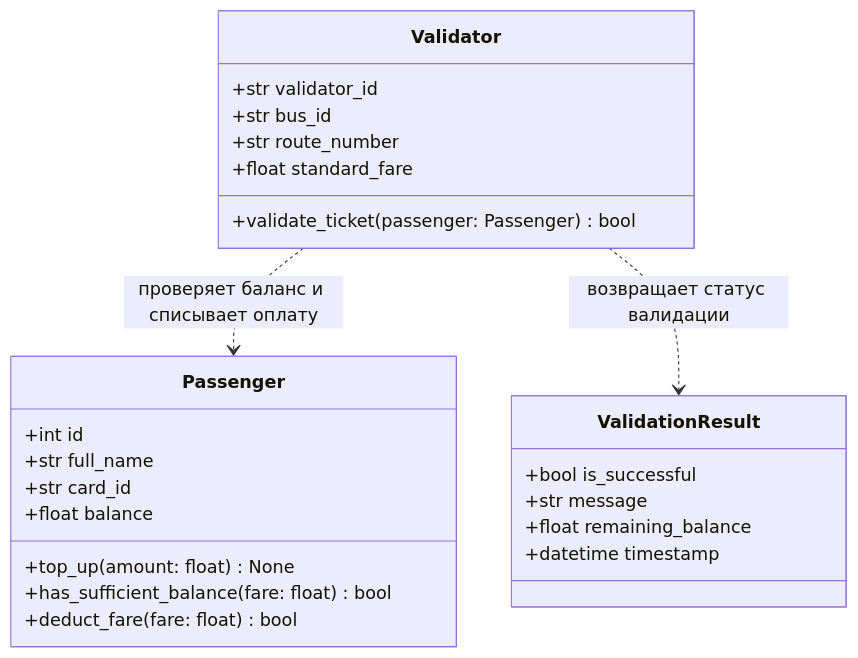
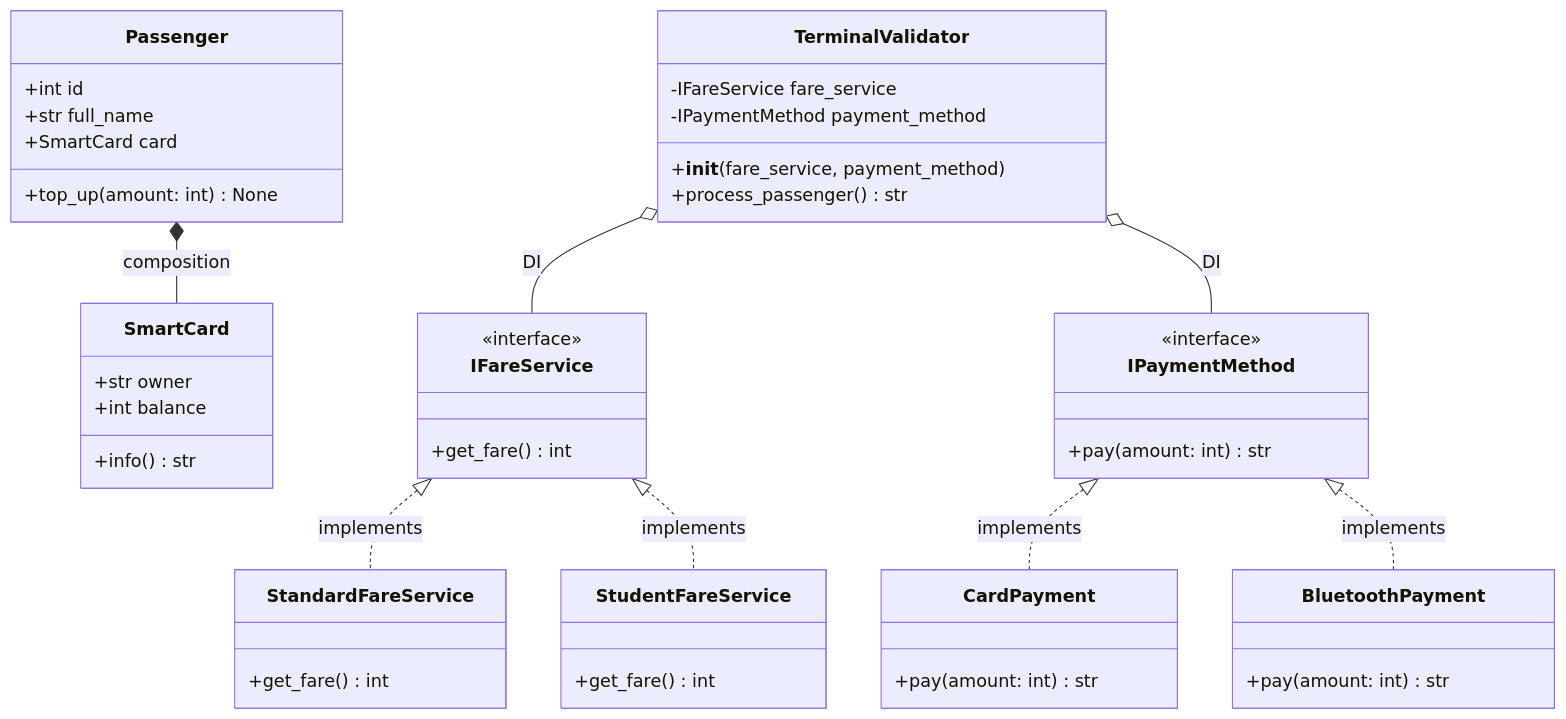
The second of 3 diagrams in docs/domain_model_uml.md (Kazahtelecom/Jasulan-Course), drawn with Mermaid before and after one commit. The commit also changed other lines of this file and 2 other files, not shown here.

Commit message:
docs: update architecture and UML diagrams for modular weeks and AST sandbox

````diff
--- a/docs/domain_model_uml.md
+++ b/docs/domain_model_uml.md
@@ -13,30 +64,56 @@
 ```mermaid
 classDiagram
+    class SmartCard {
+        +str owner
+        +int balance
+        +info() str
+    }
+
     class Passenger {
         +int id
         +str full_name
-        +str card_id
-        +float balance
-        +top_up(amount: float) None
-        +has_sufficient_balance(fare: float) bool
-        +deduct_fare(fare: float) bool
+        +SmartCard card
+        +top_up(amount: int) None
     }
 
-    class Validator {
-        +str validator_id
-        +str bus_id
-        +str route_number
-        +float standard_fare
-        +validate_ticket(passenger: Passenger) bool
+    class IFareService {
+        <<interface>>
+        +get_fare() int
     }
 
-    class ValidationResult {
-        +bool is_successful
-        +str message
-        +float remaining_balance
-        +datetime timestamp
+    class StandardFareService {
+        +get_fare() int
     }
 
-    Validator ..> Passenger : проверяет баланс и списывает оплату
-    Validator ..> ValidationResult : возвращает статус валидации
+    class StudentFareService {
+        +get_fare() int
+    }
+
+    class IPaymentMethod {
+        <<interface>>
+        +pay(amount: int) str
+    }
+
+    class CardPayment {
+        +pay(amount: int) str
+    }
+
+    class BluetoothPayment {
+        +pay(amount: int) str
+    }
+
+    class TerminalValidator {
+        -IFareService fare_service
+        -IPaymentMethod payment_method
+        +__init__(fare_service, payment_method)
+        +process_passenger() str
+    }
+
+    IFareService <|.. StandardFareService : implements
+    IFareService <|.. StudentFareService : implements
+    IPaymentMethod <|.. CardPayment : implements
+    IPaymentMethod <|.. BluetoothPayment : implements
+    TerminalValidator o-- IFareService : DI
+    TerminalValidator o-- IPaymentMethod : DI
+    Passenger *-- SmartCard : composition
 ```
````
